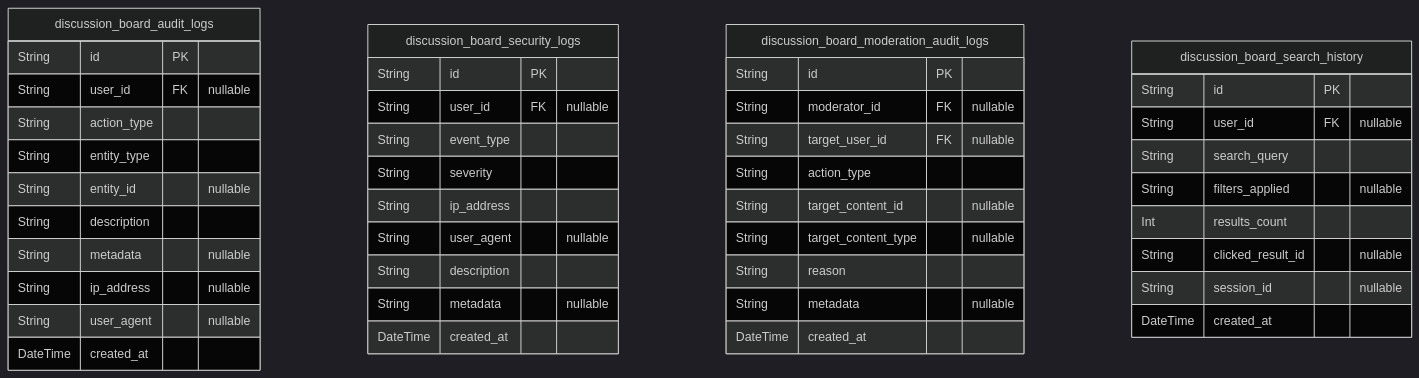
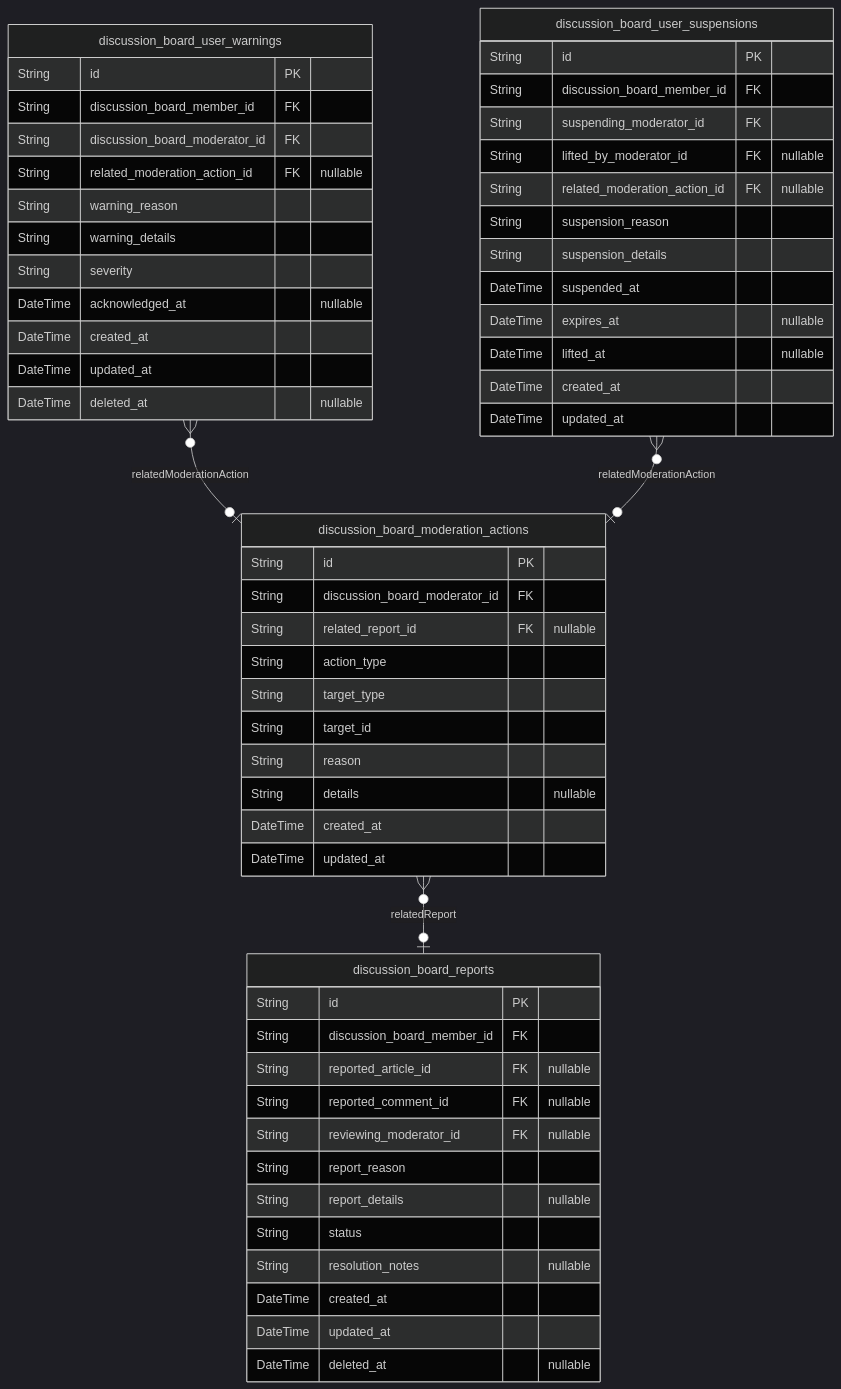
Before and after one commit to wrtnlabs/autobe-examples: the sixth of 6 diagrams in anthropic/claude-sonnet-4.5/bbs/docs/ERD.md, drawn with Mermaid (dark theme). The commit also changed other lines of this file and 16146 other files, not shown here.

````diff
--- a/anthropic/claude-sonnet-4.5/bbs/docs/ERD.md
+++ b/anthropic/claude-sonnet-4.5/bbs/docs/ERD.md
@@ -1728,47 +625,59 @@
 ```mermaid
 erDiagram
-"discussion_board_audit_logs" {
+"discussion_board_reports" {
   String id PK
-  String user_id FK "nullable"
+  String discussion_board_member_id FK
+  String reported_article_id FK "nullable"
+  String reported_comment_id FK "nullable"
+  String reviewing_moderator_id FK "nullable"
+  String report_reason
+  String report_details "nullable"
+  String status
+  String resolution_notes "nullable"
+  DateTime created_at
+  DateTime updated_at
+  DateTime deleted_at "nullable"
+}
+"discussion_board_moderation_actions" {
+  String id PK
+  String discussion_board_moderator_id FK
+  String related_report_id FK "nullable"
   String action_type
-  String entity_type
-  String entity_id "nullable"
-  String description
-  String metadata "nullable"
-  String ip_address "nullable"
-  String user_agent "nullable"
+  String target_type
+  String target_id
+  String reason
+  String details "nullable"
   DateTime created_at
+  DateTime updated_at
 }
-"discussion_board_security_logs" {
+"discussion_board_user_warnings" {
   String id PK
-  String user_id FK "nullable"
-  String event_type
+  String discussion_board_member_id FK
+  String discussion_board_moderator_id FK
+  String related_moderation_action_id FK "nullable"
+  String warning_reason
+  String warning_details
   String severity
-  String ip_address
-  String user_agent "nullable"
-  String description
-  String metadata "nullable"
+  DateTime acknowledged_at "nullable"
   DateTime created_at
+  DateTime updated_at
+  DateTime deleted_at "nullable"
 }
-"discussion_board_moderation_audit_logs" {
+"discussion_board_user_suspensions" {
   String id PK
-  String moderator_id FK "nullable"
-  String target_user_id FK "nullable"
-  String action_type
-  String target_content_id "nullable"
-  String target_content_type "nullable"
-  String reason
-  String metadata "nullable"
+  String discussion_board_member_id FK
+  String suspending_moderator_id FK
+  String lifted_by_moderator_id FK "nullable"
+  String related_moderation_action_id FK "nullable"
+  String suspension_reason
+  String suspension_details
+  DateTime suspended_at
+  DateTime expires_at "nullable"
+  DateTime lifted_at "nullable"
   DateTime created_at
+  DateTime updated_at
 }
-"discussion_board_search_history" {
-  String id PK
-  String user_id FK "nullable"
-  String search_query
-  String filters_applied "nullable"
-  Int results_count
-  String clicked_result_id "nullable"
-  String session_id "nullable"
-  DateTime created_at
-}
+"discussion_board_moderation_actions" }o--o| "discussion_board_reports" : relatedReport
+"discussion_board_user_warnings" }o--o| "discussion_board_moderation_actions" : relatedModerationAction
+"discussion_board_user_suspensions" }o--o| "discussion_board_moderation_actions" : relatedModerationAction
 ```
````
